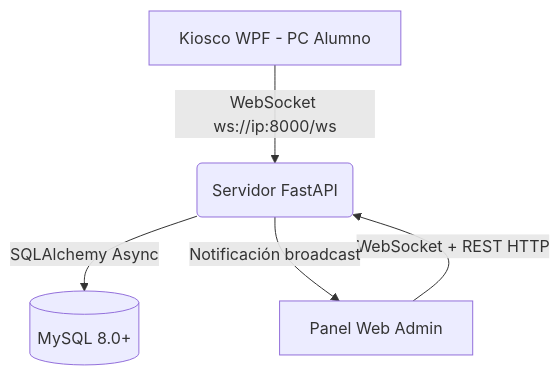
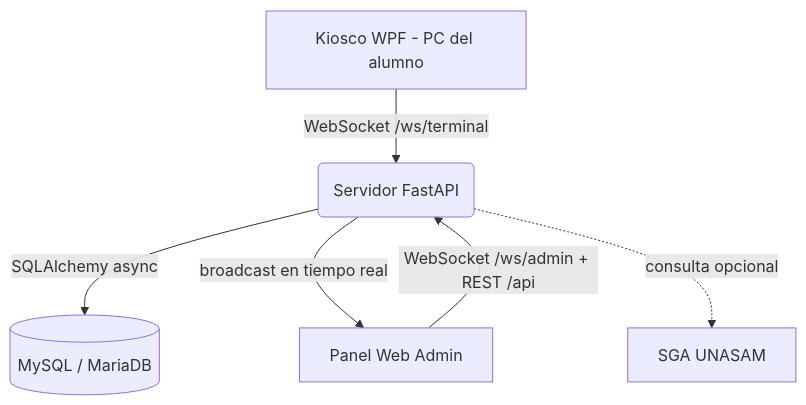
The first of 2 diagrams in README.md (paraZmol/ControlBiblioteca), drawn with Mermaid before and after one commit. The commit also changed other lines of this file, not shown here.

````diff
--- a/README.md
+++ b/README.md
@@ -84,7 +70,8 @@
 ```mermaid
 graph TD
-    A[Kiosco WPF - PC Alumno] -- WebSocket ws://ip:8000/ws --> B(Servidor FastAPI)
-    B -- SQLAlchemy Async --> C[(MySQL 8.0+)]
-    D[Panel Web Admin] -- WebSocket + REST HTTP --> B
-    B -- Notificación broadcast --> D
+    A[Kiosco WPF - PC del alumno] -- "WebSocket /ws/terminal" --> B(Servidor FastAPI)
+    D[Panel Web Admin] -- "WebSocket /ws/admin + REST /api" --> B
+    B -- "SQLAlchemy async" --> C[(MySQL / MariaDB)]
+    B -- "broadcast en tiempo real" --> D
+    B -. "consulta opcional" .-> E[SGA UNASAM]
 ```
````
